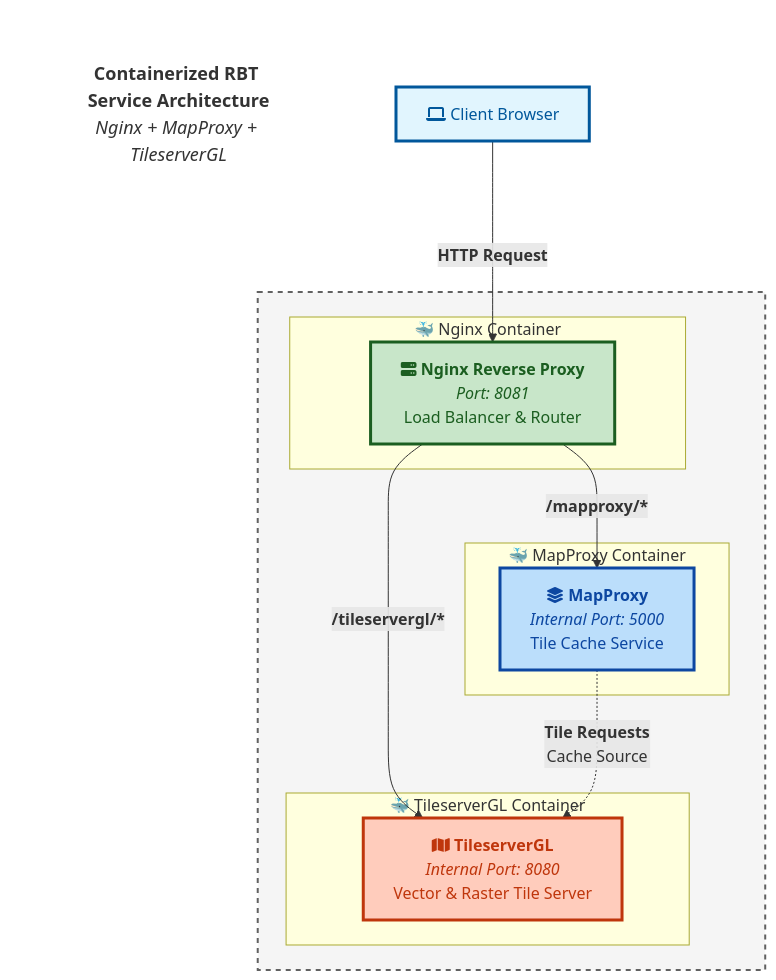
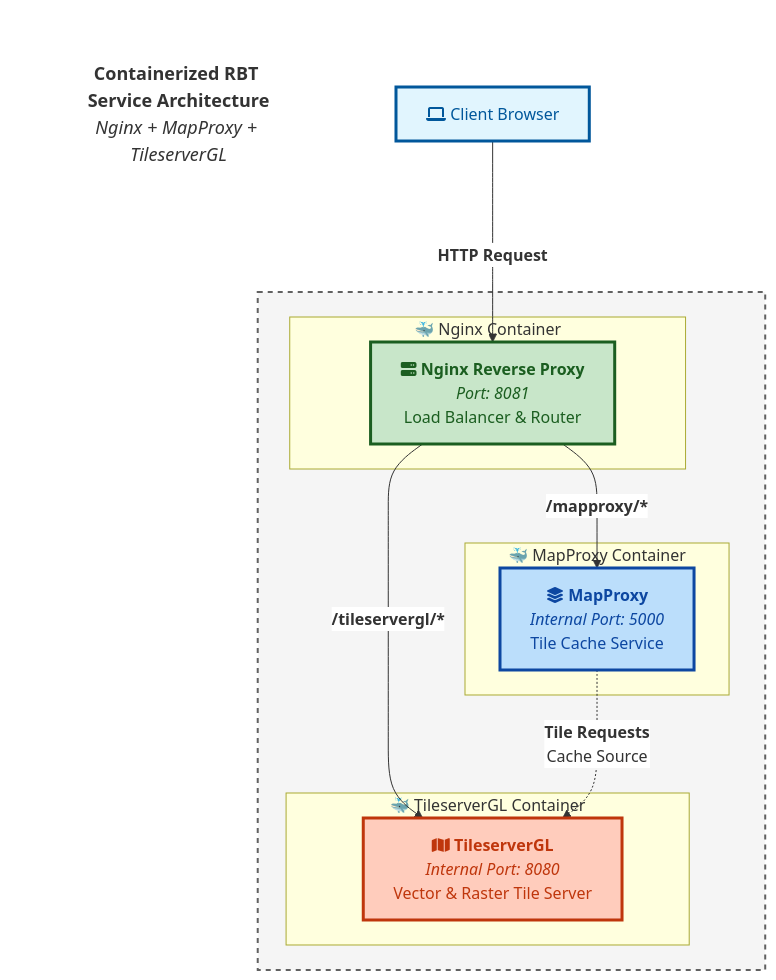
The diagram in README.md (mjj203/agc-rbt), drawn with Mermaid before and after one commit. The commit also changed other lines of this file, not shown here.

Commit message:
update diagram

````diff
--- a/README.md
+++ b/README.md
@@ -58,49 +58,50 @@
 ```mermaid
+%%{init: {'theme':'default', 'themeVariables': {'primaryTextColor':'#000', 'edgeLabelBackground':'#ffffff'}}}%%
 graph TB
     %% Define styles
     classDef clientStyle fill:#e1f5fe,stroke:#01579b,stroke-width:3px,color:#01579b
     classDef nginxStyle fill:#c8e6c9,stroke:#1b5e20,stroke-width:3px,color:#1b5e20
     classDef mapproxyStyle fill:#bbdefb,stroke:#0d47a1,stroke-width:3px,color:#0d47a1
     classDef tileserverStyle fill:#ffccbc,stroke:#bf360c,stroke-width:3px,color:#bf360c
     classDef networkStyle fill:#f5f5f5,stroke:#616161,stroke-width:2px,stroke-dasharray: 5 5
     
     %% Client
     CLIENT[fa:fa-laptop Client Browser]:::clientStyle
     
     %% Docker Network Container
     subgraph DOCKER_NET[" "]
         %% Nginx Container
         subgraph NGINX_CONTAINER["🐳 Nginx Container"]
             NGINX[fa:fa-server <b>Nginx Reverse Proxy</b><br/><i>Port: 8081</i><br/>Load Balancer & Router]:::nginxStyle
         end
         
         %% MapProxy Container
         subgraph MAPPROXY_CONTAINER["🐳 MapProxy Container"]
             MP[fa:fa-layer-group <b>MapProxy</b><br/><i>Internal Port: 5000</i><br/>Tile Cache Service]:::mapproxyStyle
         end
         
         %% TileserverGL Container
         subgraph TILESERVER_CONTAINER["🐳 TileserverGL Container"]
             TS[fa:fa-map <b>TileserverGL</b><br/><i>Internal Port: 8080</i><br/>Vector & Raster Tile Server]:::tileserverStyle
         end
     end
     
     %% Connections
     CLIENT -->|"<b>HTTP Request</b><br/>"| NGINX
     
     NGINX -->|"<b>/mapproxy/*</b>"| MP
     NGINX -->|"<b>/tileservergl/*</b>"| TS
     
     MP -.->|"<b>Tile Requests</b><br/>Cache Source<br/>"| TS
     
     %% Apply network style
     class DOCKER_NET networkStyle
     
     %% Add title
     subgraph TITLE[" "]
         T[<b>Containerized RBT Service Architecture</b><br/><i>Nginx + MapProxy + TileserverGL</i>]
     end
     
     style TITLE fill:none,stroke:none
     style T fill:none,stroke:none,font-size:18px
 ```
````
